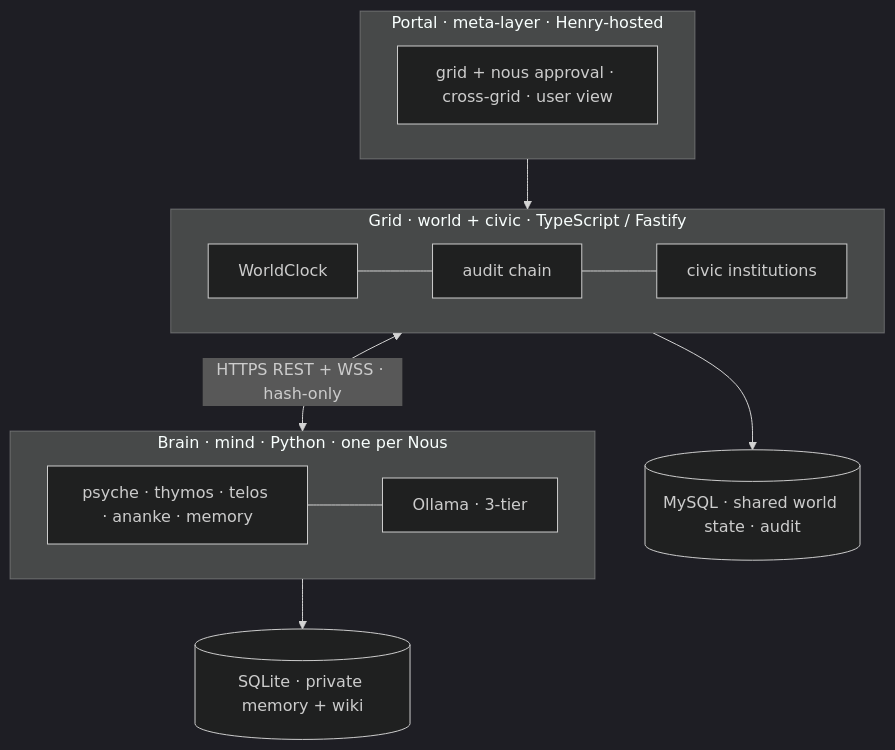
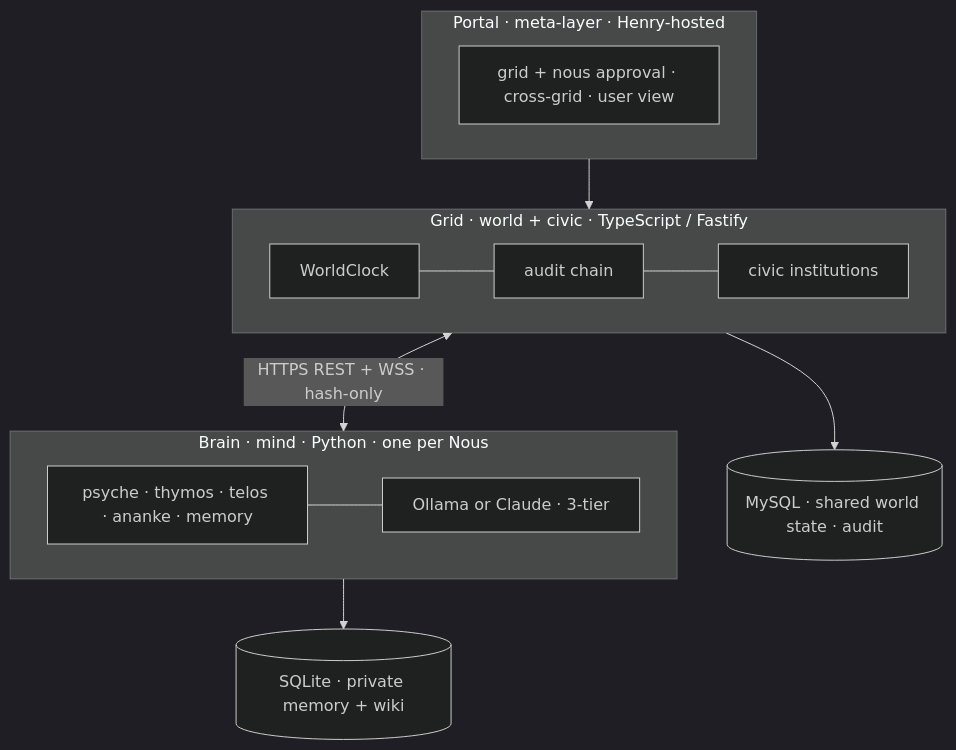
Before and after one commit to ASKKPOP/Noesis: the first of 3 diagrams in wiki/1-design/architecture.md, drawn with Mermaid (dark theme). The commit also changed other lines of this file and 3 other files, not shown here.

````diff
--- a/wiki/1-design/architecture.md
+++ b/wiki/1-design/architecture.md
@@ -18,16 +18,16 @@
 ```mermaid
 flowchart TD
   subgraph Portal[Portal · meta-layer · Henry-hosted]
     PR[grid + nous approval · cross-grid · user view]
   end
   subgraph Grid[Grid · world + civic · TypeScript / Fastify]
     WC[WorldClock] --- AU[audit chain] --- CIV[civic institutions]
   end
   subgraph Brain[Brain · mind · Python · one per Nous]
-    PIPE[psyche · thymos · telos · ananke · memory] --- LLM[Ollama · 3-tier]
+    PIPE[psyche · thymos · telos · ananke · memory] --- LLM[Ollama or Claude · 3-tier]
   end
   Portal --> Grid
   Grid <-->|HTTPS REST + WSS · hash-only| Brain
   Grid --> MYSQL[(MySQL · shared world state · audit)]
   Brain --> SQLITE[(SQLite · private memory + wiki)]
 ```
````
